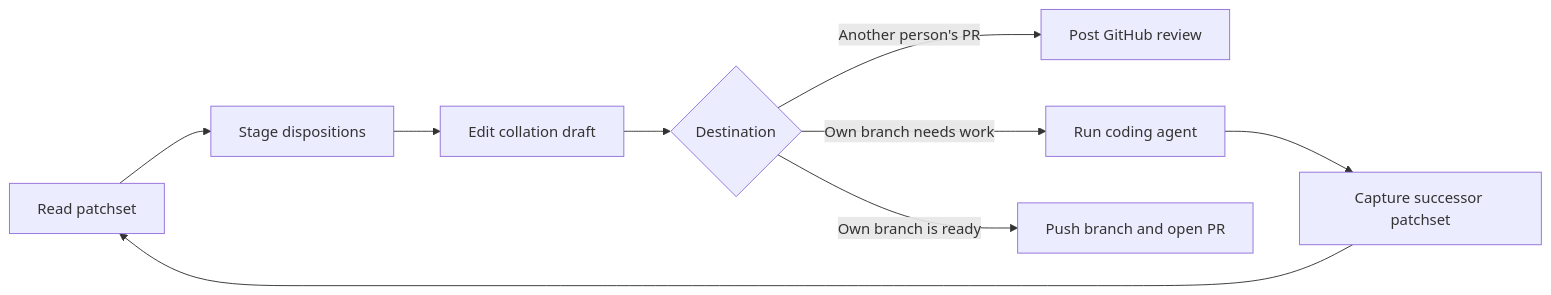
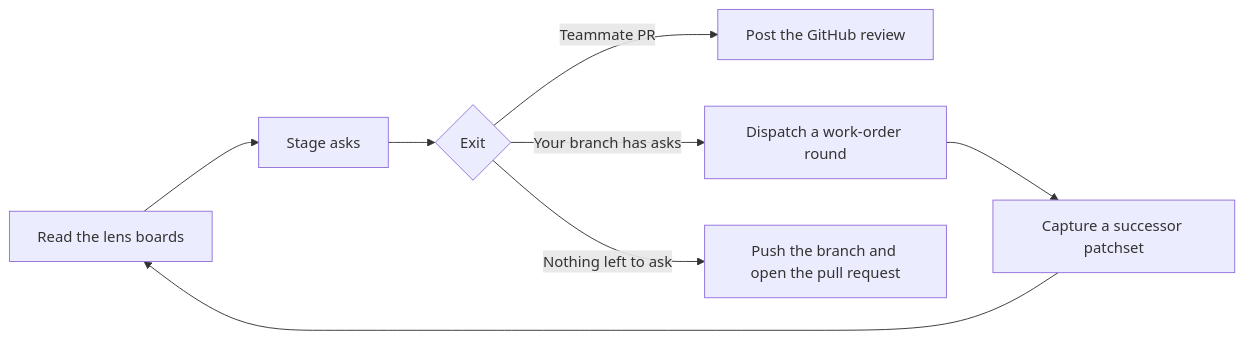
The second of 3 diagrams in docs/developing/decisions/contracts-and-rulings.md (rbutera/Rennet), drawn with Mermaid before and after one commit. The commit also changed other lines of this file and 28 other files, not shown here.

````diff
--- a/docs/developing/decisions/contracts-and-rulings.md
+++ b/docs/developing/decisions/contracts-and-rulings.md
@@ -112,11 +113,10 @@
 ```mermaid
 flowchart LR
-  review["Read patchset"] --> stage["Stage dispositions"]
-  stage --> draft["Edit collation draft"]
-  draft --> destination{"Destination"}
-  destination -->|Another person's PR| post["Post GitHub review"]
-  destination -->|Own branch needs work| handoff["Run coding agent"]
-  handoff --> successor["Capture successor patchset"]
-  successor --> review
-  destination -->|Own branch is ready| pr["Push branch and open PR"]
+  read["Read the lens boards"] --> stage["Stage asks"]
+  stage --> exit{"Exit"}
+  exit -->|Teammate PR| post["Post the GitHub review"]
+  exit -->|Your branch has asks| round["Dispatch a work-order round"]
+  round --> successor["Capture a successor patchset"]
+  successor --> read
+  exit -->|Nothing left to ask| pr["Push the branch and open the pull request"]
 ```
````
